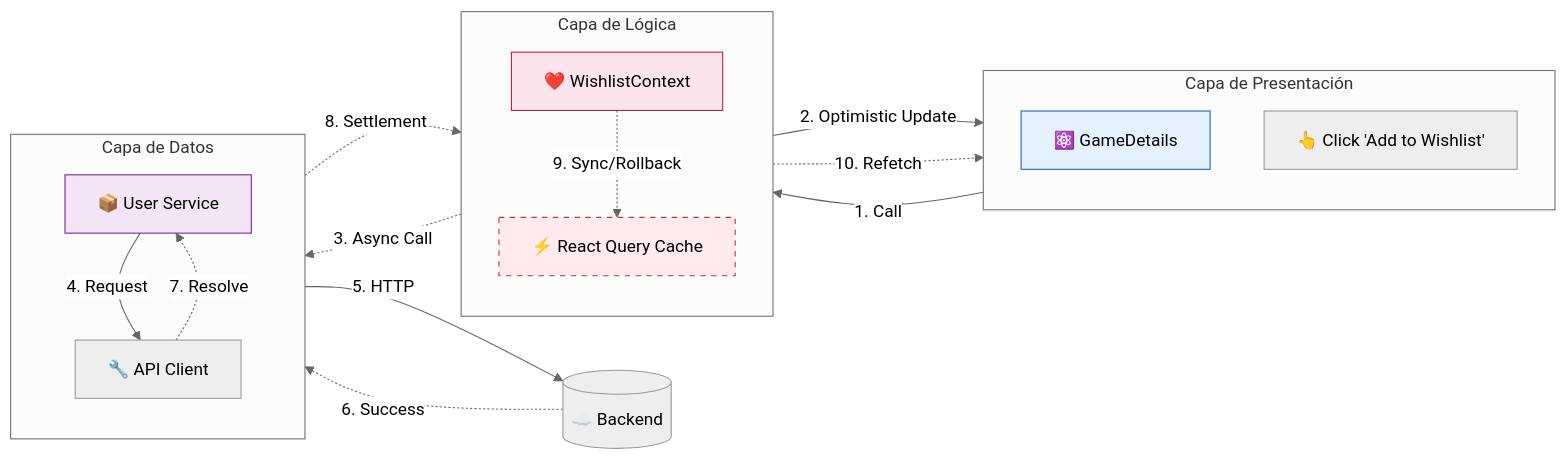
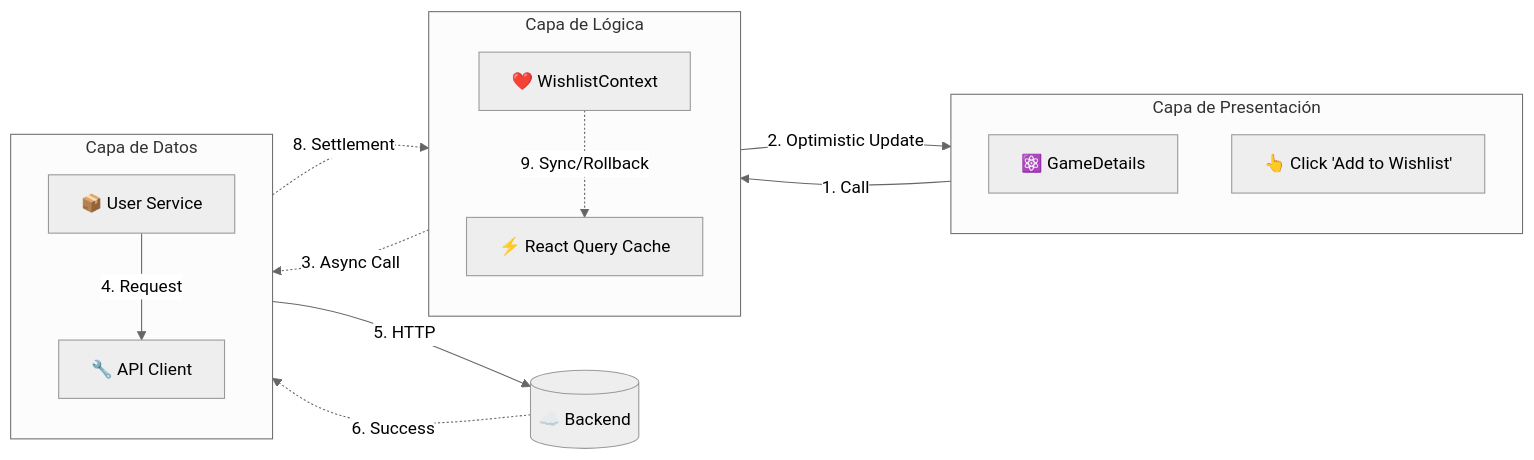
The third of 5 diagrams in docs/architecture-front.md (3FactorLab/game_manager_front), drawn with Mermaid (neutral theme) before and after one commit. The commit also changed other lines of this file, not shown here.

````diff
--- a/docs/architecture-front.md
+++ b/docs/architecture-front.md
@@ -590,38 +300,30 @@
 ```mermaid
 flowchart LR
     subgraph UI [Capa de Presentación]
         direction TB
         Component[⚛️ GameDetails]
         Event[👆 Click 'Add to Wishlist']
     end
 
     subgraph Logic [Capa de Lógica]
         direction TB
         Context[❤️ WishlistContext]
         Query[⚡ React Query Cache]
     end
 
     subgraph Data [Capa de Datos]
         direction TB
         Service[📦 User Service]
         API[🔧 API Client]
     end
 
     Event -->|1. Call| Context
     Context -->|2. Optimistic Update| Component
     Context -.->|3. Async Call| Service
     Service -->|4. Request| API
     API -->|5. HTTP| Backend[(☁️ Backend)]
 
     Backend -.->|6. Success| API
-    API -.->|7. Resolve| Service
     Service -.->|8. Settlement| Context
-
     Context -.->|9. Sync/Rollback| Query
-    Query -.->|10. Refetch| Component
-
-    style Component fill:#E3F2FD,stroke:#1565C0
-    style Context fill:#FCE4EC,stroke:#C2185B
-    style Query fill:#FFEBEE,stroke:#D32F2F,stroke-dasharray: 5 5
-    style Service fill:#F3E5F5,stroke:#7B1FA2
 ```
````
